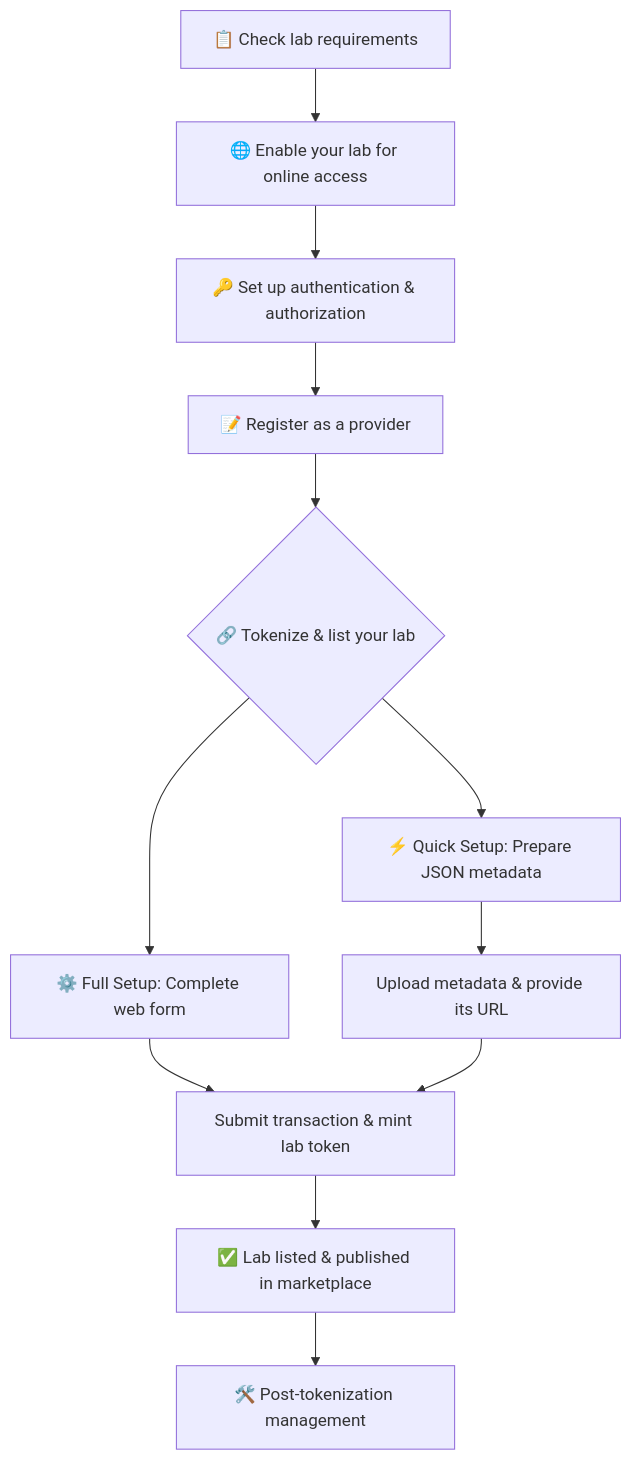
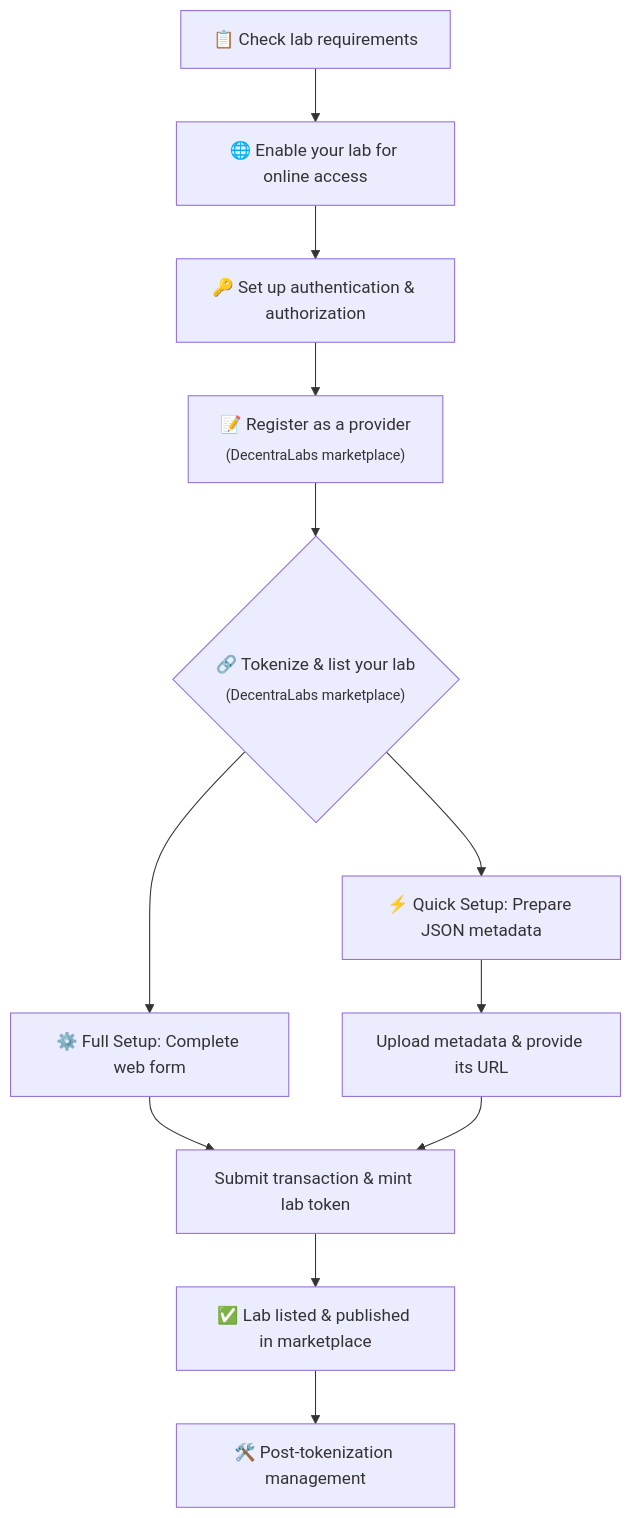
The diagram in become-a-provider/graphical-overview.md (DecentraLabsCom/Marketplace), drawn with Mermaid before and after one commit.

Commit message:
GITBOOK-31: No subject

````diff
--- a/become-a-provider/graphical-overview.md
+++ b/become-a-provider/graphical-overview.md
@@ -5,19 +5,19 @@
 ```mermaid
 flowchart TD
     A[📋 Check lab requirements] --> B[🌐 Enable your lab for online access]
     B --> C[🔑 Set up authentication & authorization]
-    C --> D[📝 Register as a provider]
+    C --> D["📝 Register as a provider<br/><sub>(DecentraLabs marketplace)</sub>"]
 
-    D --> E{🔗 Tokenize & list your lab}
+    D --> E{"🔗 Tokenize & list your lab<br/><sub>(DecentraLabs marketplace)</sub>"}
 
     E --> F1[⚙️ Full Setup: Complete web form]
     F1 --> G1[Submit transaction & mint lab token]
 
     E --> F2[⚡ Quick Setup: Prepare JSON metadata]
     F2 --> G2[Upload metadata & provide its URL]
     G2 --> G1
 
     G1 --> H[✅ Lab listed & published in marketplace]
     H --> I[🛠️ Post-tokenization management]
 
 ```
````
